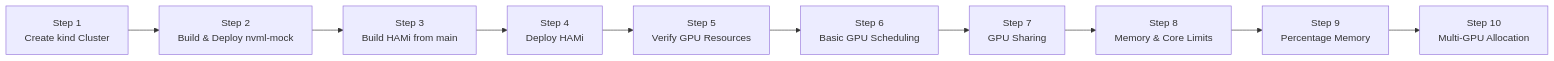
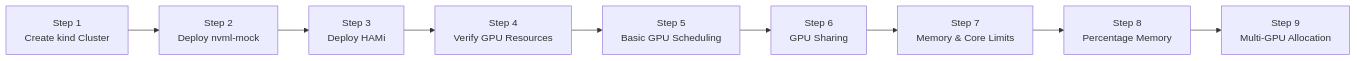
Before and after one commit to Project-HAMi/website: the diagram in tutorials/labs/nvml-mock.md, drawn with Mermaid. The commit also changed other lines of this file and 1 other file, not shown here.

First line of the commit message:
docs(tutorials): use published nvml-mock and HAMi charts in lab 5 (#1015)

````diff
--- a/tutorials/labs/nvml-mock.md
+++ b/tutorials/labs/nvml-mock.md
@@ -44,13 +44,12 @@
 ```mermaid
 %% title: Fake-GPU Scheduling Installation Overview
 flowchart LR
-    Step1["Step 1<br/>Create kind Cluster"] --> Step2["Step 2<br/>Build & Deploy nvml-mock"]
-    Step2 --> Step3["Step 3<br/>Build HAMi from main"]
-    Step3 --> Step4["Step 4<br/>Deploy HAMi"]
-    Step4 --> Step5["Step 5<br/>Verify GPU Resources"]
-    Step5 --> Step6["Step 6<br/>Basic GPU Scheduling"]
-    Step6 --> Step7["Step 7<br/>GPU Sharing"]
-    Step7 --> Step8["Step 8<br/>Memory & Core Limits"]
-    Step8 --> Step9["Step 9<br/>Percentage Memory"]
-    Step9 --> Step10["Step 10<br/>Multi-GPU Allocation"]
+    Step1["Step 1<br/>Create kind Cluster"] --> Step2["Step 2<br/>Deploy nvml-mock"]
+    Step2 --> Step3["Step 3<br/>Deploy HAMi"]
+    Step3 --> Step4["Step 4<br/>Verify GPU Resources"]
+    Step4 --> Step5["Step 5<br/>Basic GPU Scheduling"]
+    Step5 --> Step6["Step 6<br/>GPU Sharing"]
+    Step6 --> Step7["Step 7<br/>Memory & Core Limits"]
+    Step7 --> Step8["Step 8<br/>Percentage Memory"]
+    Step8 --> Step9["Step 9<br/>Multi-GPU Allocation"]
 ```
````
